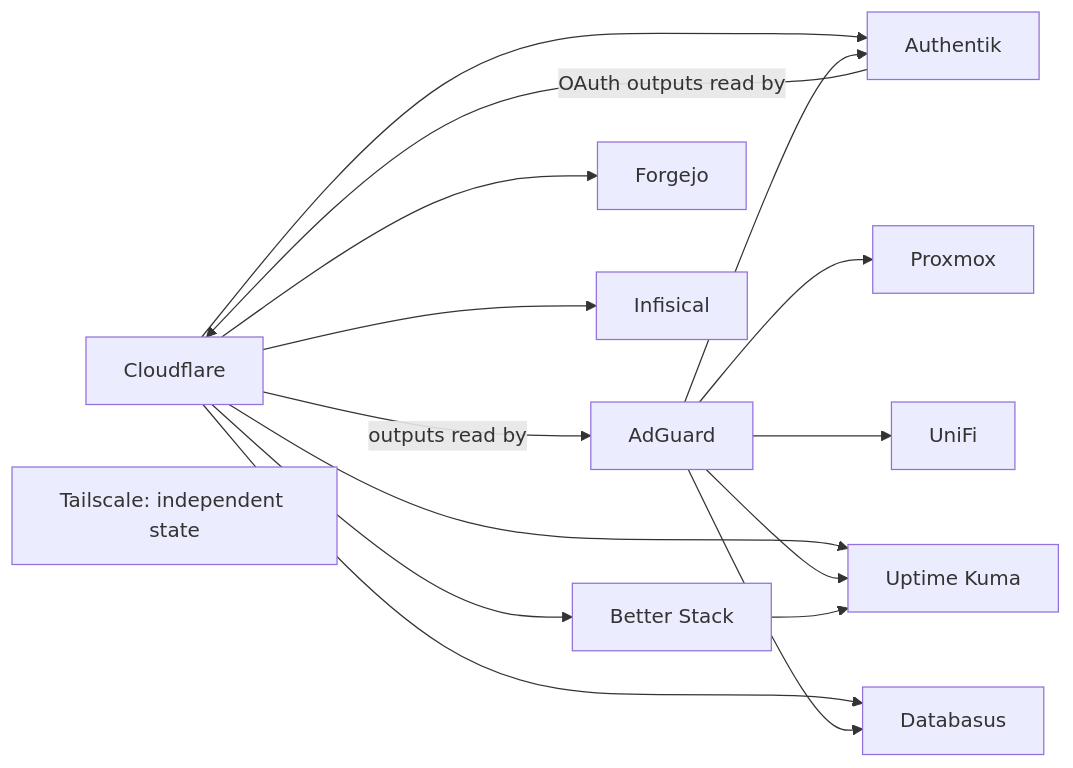
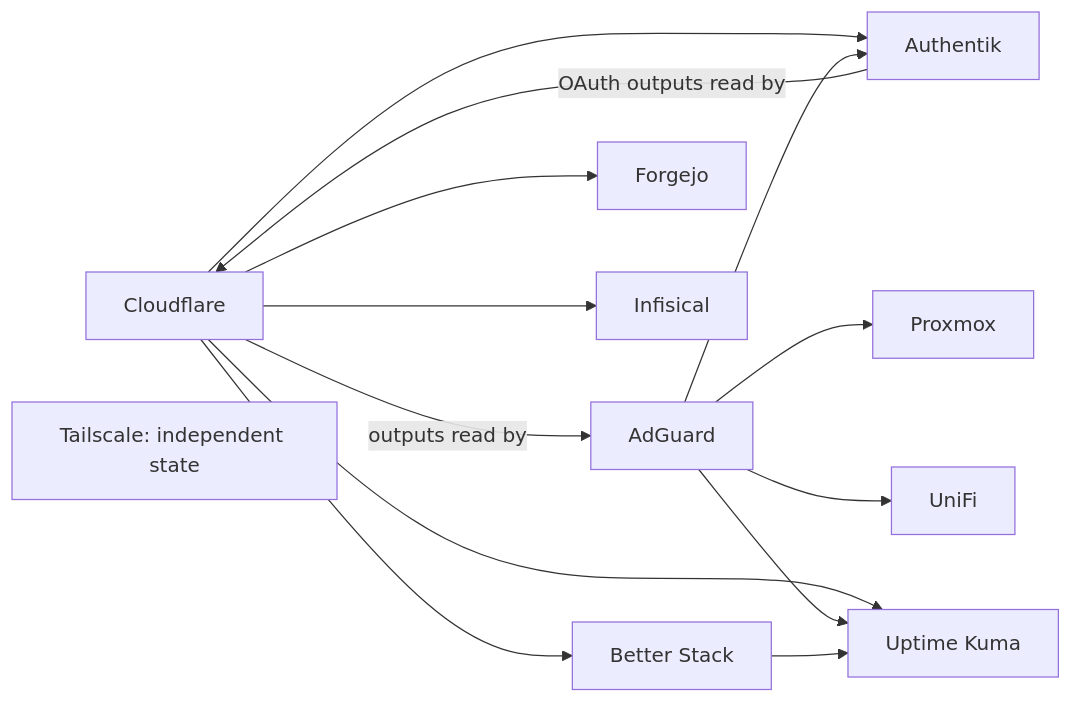
One commit to jnstockley/infrastructure changed the diagram in tf/README.md. Above: the diagram before and after it, drawn with Mermaid. The commit also changed other lines of this file and 17 other files, not shown here.

````diff
--- a/tf/README.md
+++ b/tf/README.md
@@ -36,18 +37,16 @@
 ```mermaid
 flowchart LR
     CF[Cloudflare] -->|outputs read by| AD[AdGuard]
     CF --> AU[Authentik]
     AD --> AU
     AU -->|OAuth outputs read by| CF
     CF --> BS[Better Stack]
     CF --> FJ[Forgejo]
     CF --> IN[Infisical]
     AD --> PX[Proxmox]
     AD --> UF[UniFi]
     CF --> UK[Uptime Kuma]
     AD --> UK
     BS --> UK
-    CF --> DA[Databasus]
-    AD --> DA
     TS[Tailscale: independent state]
 ```
````
